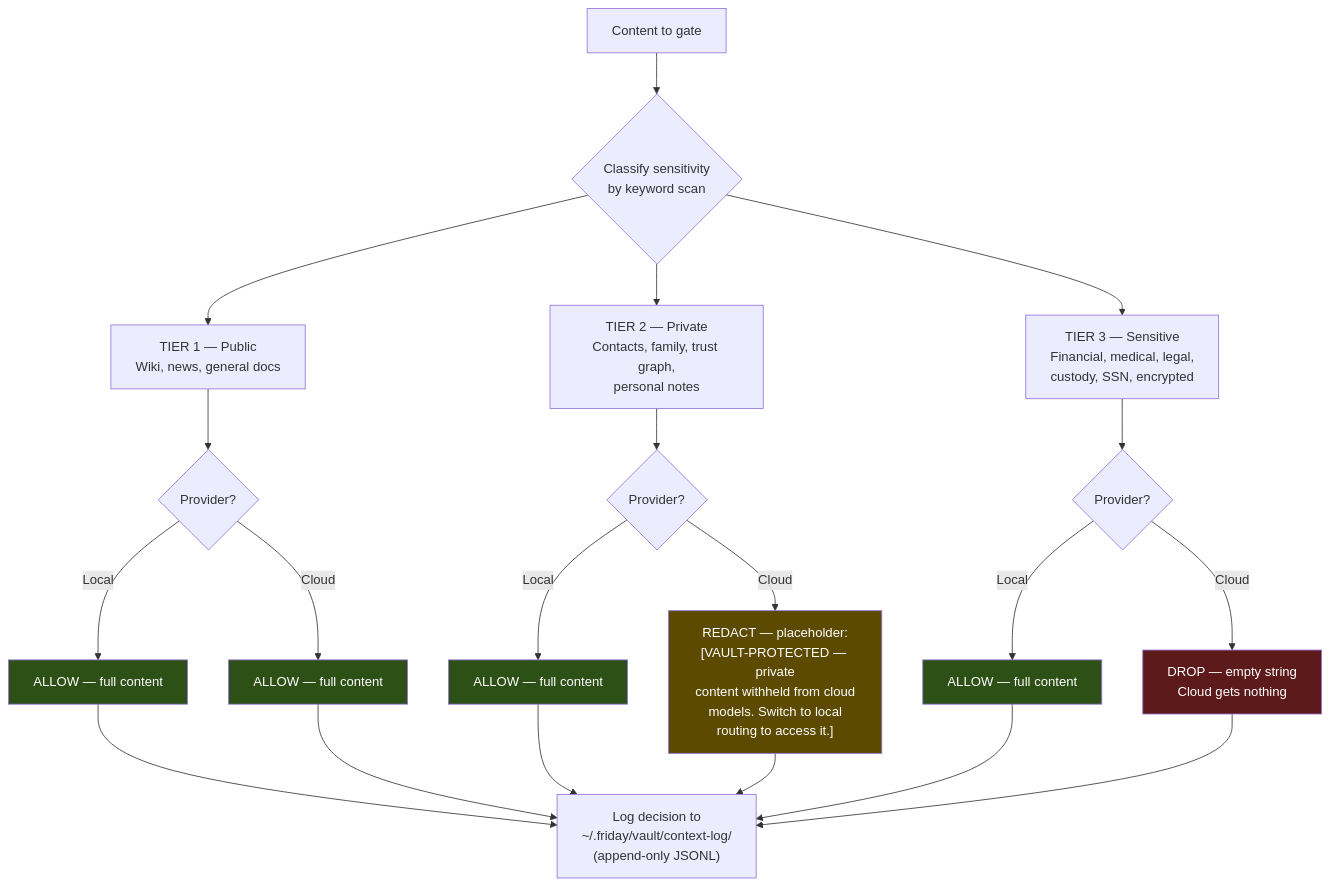
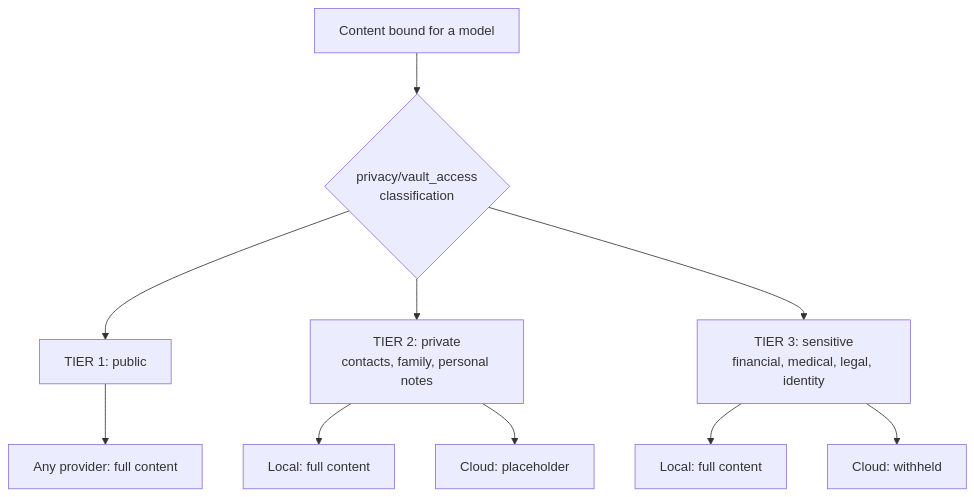
Before and after one commit to FutureSpeakAI/Agent-Friday: the fourth of 4 diagrams in docs/architecture/overview.md, drawn with Mermaid. The commit also changed other lines of this file and 3 other files, not shown here.

First line of the commit message:
docs: a README for the public release, and an architecture that matches the tree

````diff
--- a/docs/architecture/overview.md
+++ b/docs/architecture/overview.md
@@ -175,35 +132,12 @@
 ```mermaid
 flowchart TD
-    Content[Content to gate] --> Classify{Classify sensitivity<br/>by keyword scan}
-
-    Classify --> T1["TIER 1 — Public<br/>Wiki, news, general docs"]
-    Classify --> T2["TIER 2 — Private<br/>Contacts, family, trust graph,<br/>personal notes"]
-    Classify --> T3["TIER 3 — Sensitive<br/>Financial, medical, legal,<br/>custody, SSN, encrypted"]
-
-    T1 --> ProvCheck1{Provider?}
-    T2 --> ProvCheck2{Provider?}
-    T3 --> ProvCheck3{Provider?}
-
-    ProvCheck1 -->|Local| Allow1[ALLOW — full content]
-    ProvCheck1 -->|Cloud| Allow2[ALLOW — full content]
-
-    ProvCheck2 -->|Local| Allow3[ALLOW — full content]
-    ProvCheck2 -->|Cloud| Redact["REDACT — placeholder:<br/>[VAULT-PROTECTED — private<br/>content withheld from cloud<br/>models. Switch to local<br/>routing to access it.]"]
-
-    ProvCheck3 -->|Local| Allow4[ALLOW — full content]
-    ProvCheck3 -->|Cloud| Drop["DROP — empty string<br/>Cloud gets nothing"]
-
-    Allow1 --> Log["Log decision to<br/>~/.friday/vault/context-log/<br/>(append-only JSONL)"]
-    Allow2 --> Log
-    Allow3 --> Log
-    Allow4 --> Log
-    Redact --> Log
-    Drop --> Log
-
-    style Allow1 fill:#2d5016,color:#fff
-    style Allow2 fill:#2d5016,color:#fff
-    style Allow3 fill:#2d5016,color:#fff
-    style Allow4 fill:#2d5016,color:#fff
-    style Redact fill:#5c4a00,color:#fff
-    style Drop fill:#5c1a1a,color:#fff
+    Content[Content bound for a model] --> Classify{privacy/vault_access<br/>classification}
+    Classify --> T1["TIER 1: public"]
+    Classify --> T2["TIER 2: private<br/>contacts, family, personal notes"]
+    Classify --> T3["TIER 3: sensitive<br/>financial, medical, legal, identity"]
+    T1 --> Any[Any provider: full content]
+    T2 --> L2[Local: full content]
+    T2 --> C2[Cloud: placeholder]
+    T3 --> L3[Local: full content]
+    T3 --> C3[Cloud: withheld]
 ```
````
